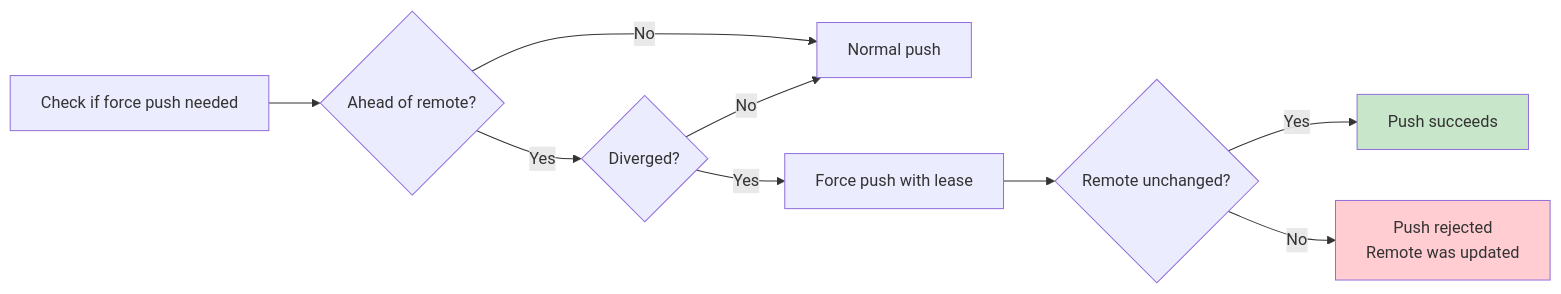
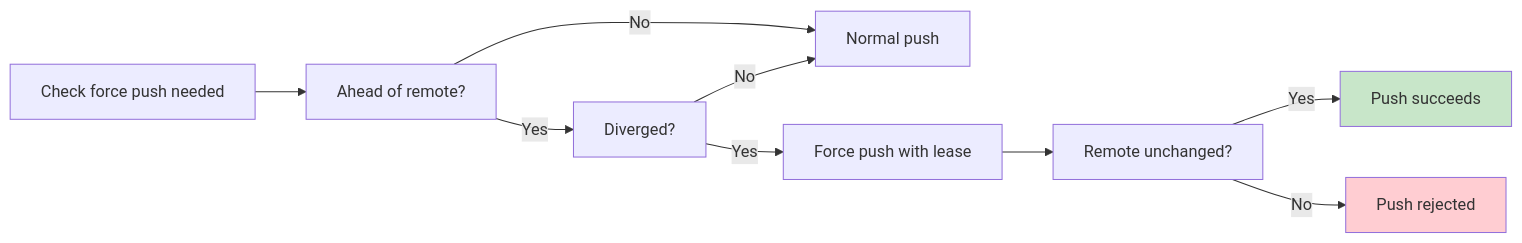
One commit to carrotly-ai/gluon-agent changed the sixth of 7 diagrams in docs/GIT-OPERATIONS.md. Above: the diagram before and after it, drawn with Mermaid. The commit also changed other lines of this file and 7 other files, not shown here.

````diff
--- a/docs/GIT-OPERATIONS.md
+++ b/docs/GIT-OPERATIONS.md
@@ -322,15 +363,23 @@
 ```mermaid
 flowchart LR
-    CHECK[Check if force push needed]
-    CHECK --> AHEAD{Ahead of remote?}
-    AHEAD -->|No| NORMAL[Normal push]
-    AHEAD -->|Yes| DIVERGED{Diverged?}
+    CHECK["Check force push needed"]
+    AHEAD["Ahead of remote?"]
+    DIVERGED["Diverged?"]
+    NORMAL["Normal push"]
+    FORCE["Force push with lease"]
+    VERIFY["Remote unchanged?"]
+    SUCCESS["Push succeeds"]
+    FAIL["Push rejected"]
+
+    CHECK --> AHEAD
+    AHEAD -->|No| NORMAL
+    AHEAD -->|Yes| DIVERGED
     DIVERGED -->|No| NORMAL
-    DIVERGED -->|Yes| FORCE[Force push with lease]
-    FORCE --> VERIFY{Remote unchanged?}
-    VERIFY -->|Yes| SUCCESS[Push succeeds]
-    VERIFY -->|No| FAIL[Push rejected<br/>Remote was updated]
+    DIVERGED -->|Yes| FORCE
+    FORCE --> VERIFY
+    VERIFY -->|Yes| SUCCESS
+    VERIFY -->|No| FAIL
 
     style SUCCESS fill:#c8e6c9
     style FAIL fill:#ffcdd2
 ```
````
